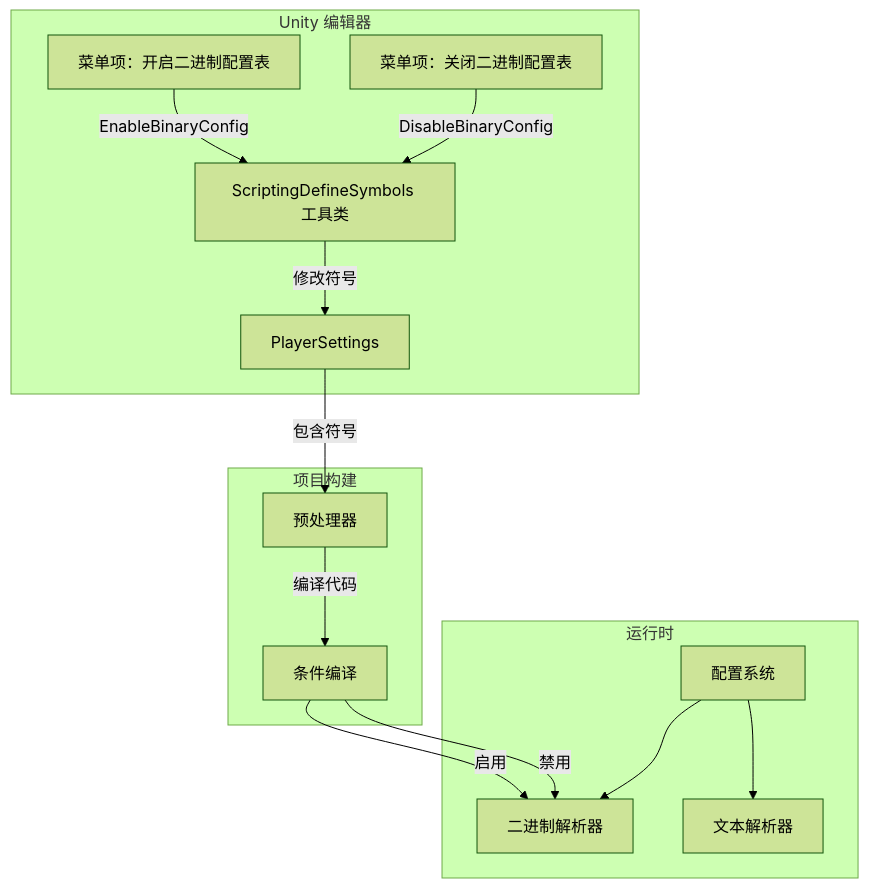
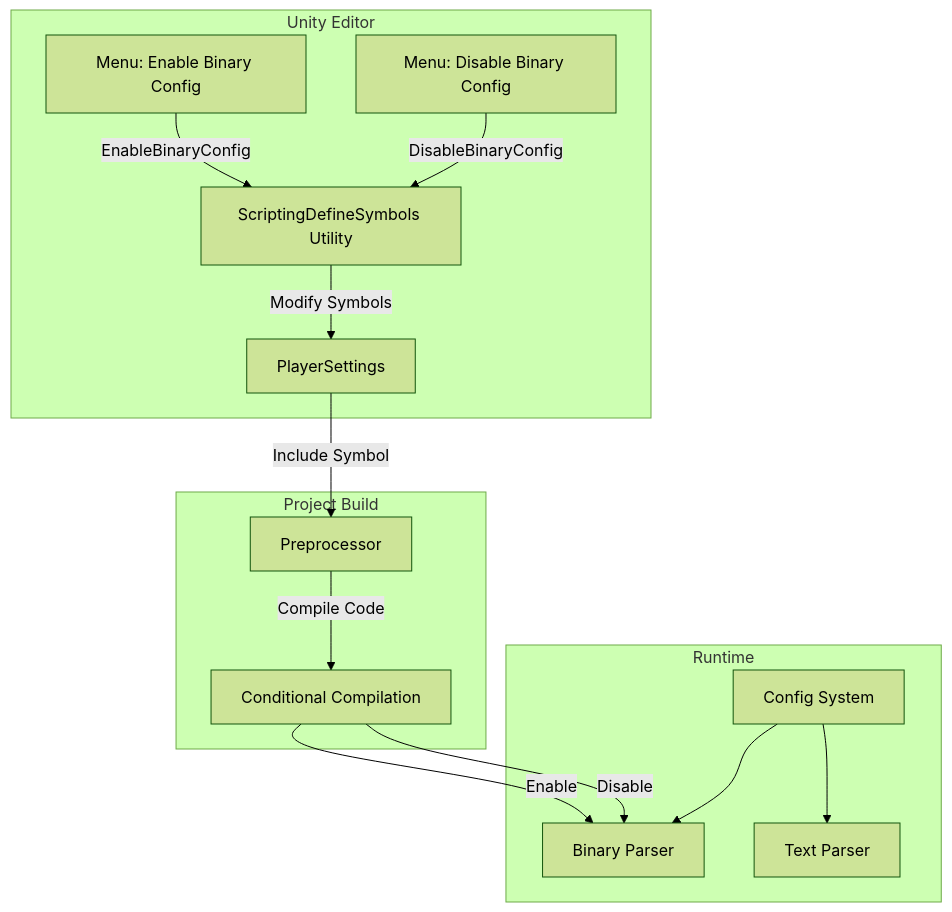
The first of 2 diagrams in docs/en/client/unity/component/config/13.scripting-define-symbols.md (AlianBlank/GameFrameX.Docs), drawn with Mermaid (forest theme) before and after one commit. The commit also changed other lines of this file and 242 other files, not shown here.

````diff
--- a/docs/en/client/unity/component/config/13.scripting-define-symbols.md
+++ b/docs/en/client/unity/component/config/13.scripting-define-symbols.md
@@ -22,30 +22,30 @@
 ```mermaid
 flowchart TD
-    subgraph UnityEditor["Unity 编辑器"]
-        Menu1["菜单项：开启二进制配置表"]
-        Menu2["菜单项：关闭二进制配置表"]
-        SymbolMgr["ScriptingDefineSymbols 工具类"]
+    subgraph UnityEditor["Unity Editor"]
+        Menu1["Menu: Enable Binary Config"]
+        Menu2["Menu: Disable Binary Config"]
+        SymbolMgr["ScriptingDefineSymbols Utility"]
         PlayerSettings["PlayerSettings"]
     end
 
-    subgraph ProjectBuild["项目构建"]
-        Preprocessor["预处理器"]
-        Compile["条件编译"]
+    subgraph ProjectBuild["Project Build"]
+        Preprocessor["Preprocessor"]
+        Compile["Conditional Compilation"]
     end
 
-    subgraph Runtime["运行时"]
-        ConfigSys["配置系统"]
-        BinaryParser["二进制解析器"]
-        TextParser["文本解析器"]
+    subgraph Runtime["Runtime"]
+        ConfigSys["Config System"]
+        BinaryParser["Binary Parser"]
+        TextParser["Text Parser"]
     end
 
     Menu1 -->|EnableBinaryConfig| SymbolMgr
     Menu2 -->|DisableBinaryConfig| SymbolMgr
-    SymbolMgr -->|修改符号| PlayerSettings
-    PlayerSettings -->|包含符号| Preprocessor
-    Preprocessor -->|编译代码| Compile
-    Compile -->|启用| BinaryParser
-    Compile -->|禁用| BinaryParser
+    SymbolMgr -->|Modify Symbols| PlayerSettings
+    PlayerSettings -->|Include Symbol| Preprocessor
+    Preprocessor -->|Compile Code| Compile
+    Compile -->|Enable| BinaryParser
+    Compile -->|Disable| BinaryParser
     ConfigSys --> BinaryParser
     ConfigSys --> TextParser
 ```
````
